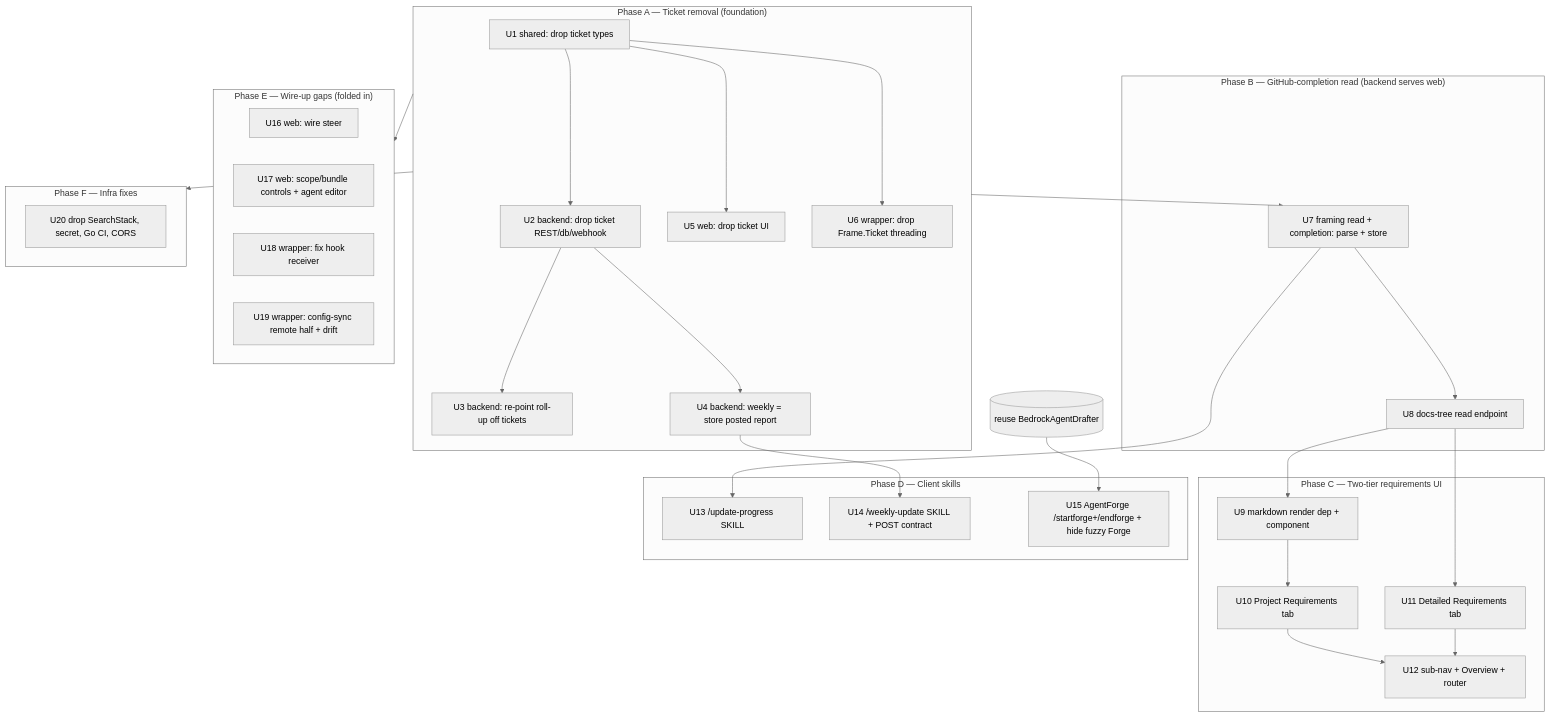
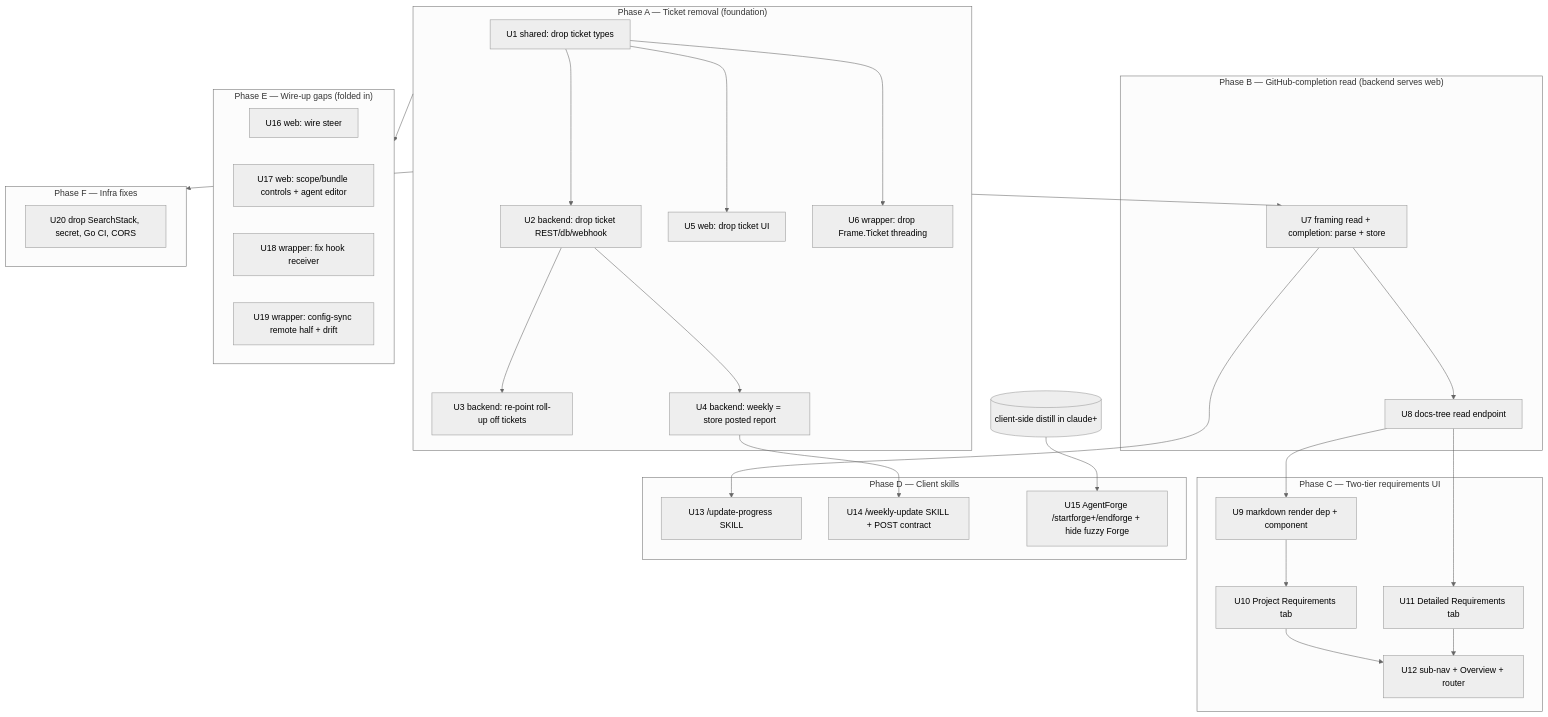
The diagram in docs/plans/2026-06-03-001-feat-command-hq-new-model-migration-plan.md (MatthewDaw/workflow_harness), drawn with Mermaid (neutral theme) before and after one commit. The commit also changed other lines of this file and 4 other files, not shown here.

Commit message:
docs: remove all Bedrock references — AgentForge distill/optimize + weekly conformity run client-side in claude+ via Claude Code (the user's subscription)

````diff
--- a/docs/plans/2026-06-03-001-feat-command-hq-new-model-migration-plan.md
+++ b/docs/plans/2026-06-03-001-feat-command-hq-new-model-migration-plan.md
@@ -68,49 +68,49 @@
 ```mermaid
 flowchart TD
   subgraph A["Phase A — Ticket removal (foundation)"]
     U1[U1 shared: drop ticket types]
     U2[U2 backend: drop ticket REST/db/webhook]
     U3[U3 backend: re-point roll-up off tickets]
     U4[U4 backend: weekly = store posted report]
     U5[U5 web: drop ticket UI]
     U6[U6 wrapper: drop Frame.Ticket threading]
   end
   subgraph B["Phase B — GitHub-completion read (backend serves web)"]
     U7[U7 framing read + completion: parse + store]
     U8[U8 docs-tree read endpoint]
   end
   subgraph C["Phase C — Two-tier requirements UI"]
     U9[U9 markdown render dep + component]
     U10[U10 Project Requirements tab]
     U11[U11 Detailed Requirements tab]
     U12[U12 sub-nav + Overview + router]
   end
   subgraph D["Phase D — Client skills"]
     U13[U13 /update-progress SKILL]
     U14[U14 /weekly-update SKILL + POST contract]
     U15[U15 AgentForge /startforge+/endforge + hide fuzzy Forge]
   end
   subgraph E["Phase E — Wire-up gaps (folded in)"]
     U16[U16 web: wire steer]
     U17[U17 web: scope/bundle controls + agent editor]
     U18[U18 wrapper: fix hook receiver]
     U19[U19 wrapper: config-sync remote half + drift]
   end
   subgraph F["Phase F — Infra fixes"]
     U20[U20 drop SearchStack, secret, Go CI, CORS]
   end
   U1-->U2-->U3
   U2-->U4
   U1-->U5
   U1-->U6
   A-->U7-->U8
   U8-->U9-->U10
   U8-->U11
   U10-->U12
   U11-->U12
   U7-->U13
   U4-->U14
-  forge[(reuse BedrockAgentDrafter)]-->U15
+  forge[(client-side distill in claude+)]-->U15
   A-->E
   A-->F
 ```
````
